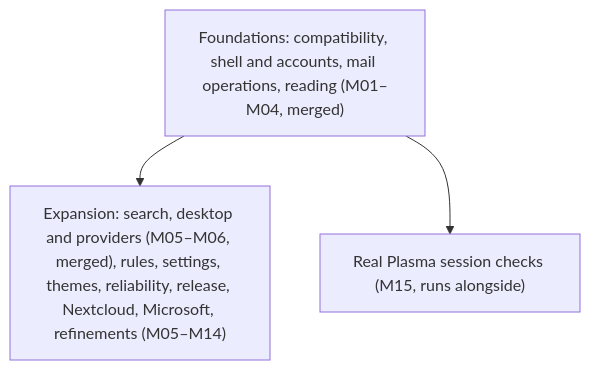
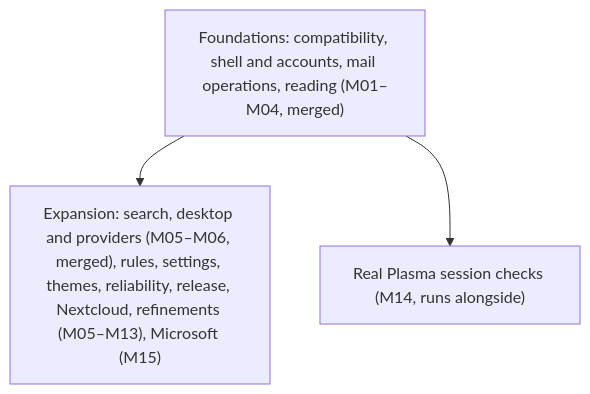
Before and after one commit to mikepadiernos/plasma-impresario: the diagram in docs/philosophy/scope.md, drawn with Mermaid. The commit also changed other lines of this file and 51 other files, not shown here.

````diff
--- a/docs/philosophy/scope.md
+++ b/docs/philosophy/scope.md
@@ -26,8 +26,8 @@
 ```mermaid
 flowchart TD
     F["Foundations: compatibility, shell and accounts, mail operations, reading (M01–M04, merged)"]
-    X["Expansion: search, desktop and providers (M05–M06, merged), rules, settings, themes, reliability, release, Nextcloud, Microsoft, refinements (M05–M14)"]
-    V["Real Plasma session checks (M15, runs alongside)"]
+    X["Expansion: search, desktop and providers (M05–M06, merged), rules, settings, themes, reliability, release, Nextcloud, refinements (M05–M13), Microsoft (M15)"]
+    V["Real Plasma session checks (M14, runs alongside)"]
     F --> X
     F --> V
 ```
````
